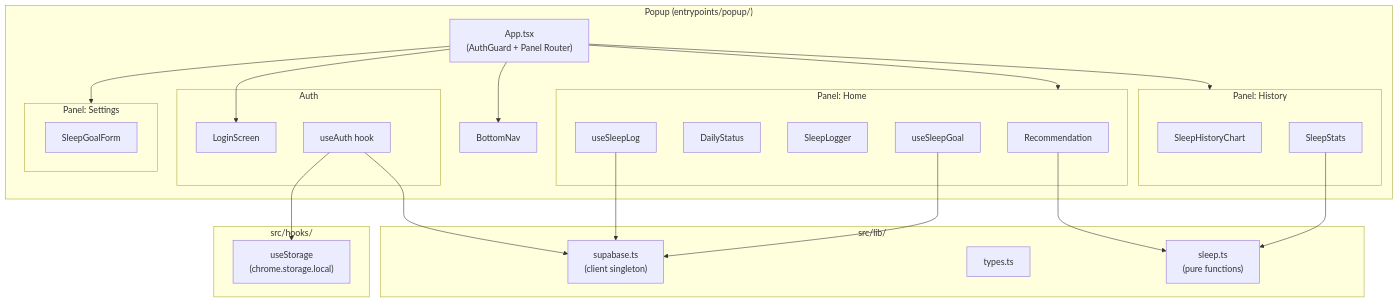
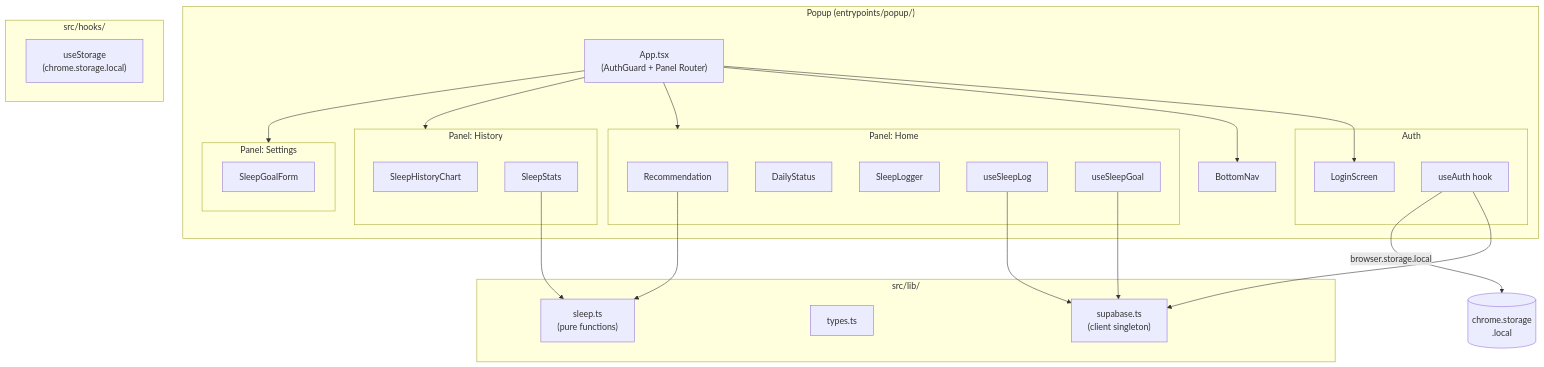
The second of 3 diagrams in docs/diagrams/DIAGRAMAS_COMPONENTES.md (Freddymhs/sleep-reset), drawn with Mermaid before and after one commit. The commit also changed 26 other files, not shown here.

````diff
--- a/docs/diagrams/DIAGRAMAS_COMPONENTES.md
+++ b/docs/diagrams/DIAGRAMAS_COMPONENTES.md
@@ -25,53 +25,53 @@
 ```mermaid
 flowchart TB
     subgraph Popup["Popup (entrypoints/popup/)"]
         App["App.tsx\n(AuthGuard + Panel Router)"]
 
         subgraph Auth["Auth"]
             Login["LoginScreen"]
             useAuth["useAuth hook"]
         end
 
         subgraph Home["Panel: Home"]
             Rec["Recommendation"]
             Status["DailyStatus"]
             Logger["SleepLogger"]
             useSL["useSleepLog"]
             useSG["useSleepGoal"]
         end
 
         subgraph History["Panel: History"]
             Chart["SleepHistoryChart"]
             Stats["SleepStats"]
         end
 
         subgraph Settings["Panel: Settings"]
             GoalForm["SleepGoalForm"]
         end
 
         Nav["BottomNav"]
     end
 
     subgraph Lib["src/lib/"]
         Supabase["supabase.ts\n(client singleton)"]
         Types["types.ts"]
         Sleep["sleep.ts\n(pure functions)"]
     end
 
     subgraph Hooks["src/hooks/"]
         useStorage["useStorage\n(chrome.storage.local)"]
     end
 
     App --> Login
     App --> Nav
     App --> Home
     App --> History
     App --> Settings
 
     useAuth --> Supabase
     useSL --> Supabase
     useSG --> Supabase
-    useAuth --> useStorage
+    useAuth -->|"browser.storage.local"| storage[("chrome.storage\n.local")]
     Rec --> Sleep
     Stats --> Sleep
 ```
````
